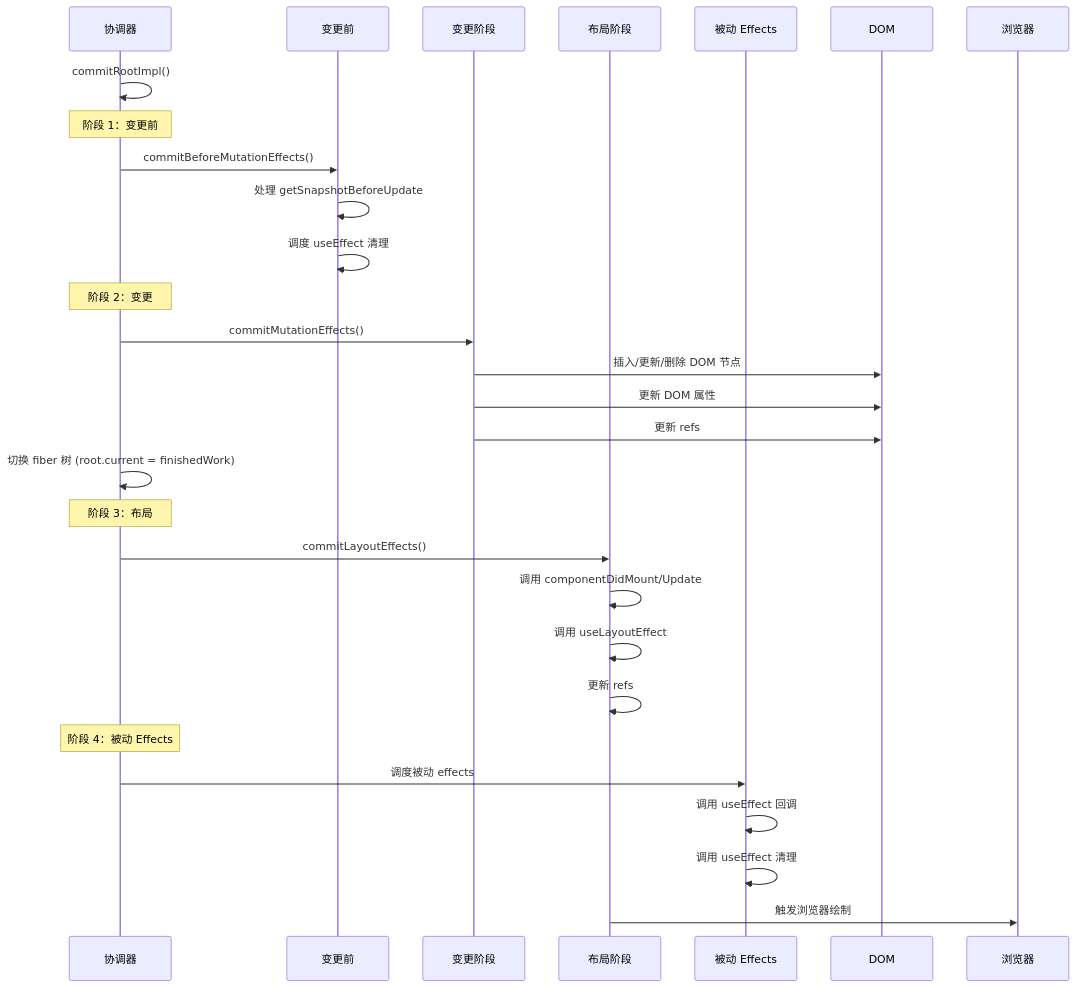
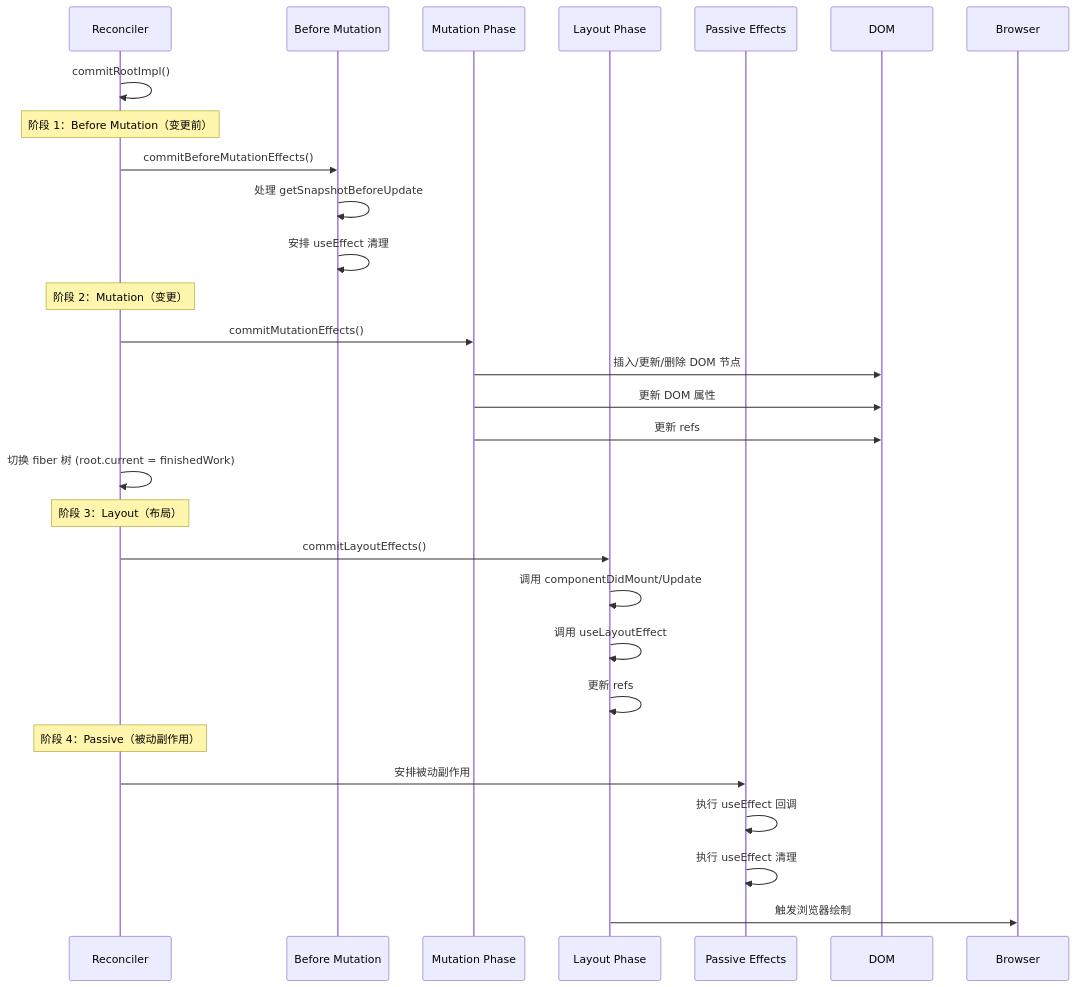
Before and after one commit to changcheng1/react18-source-implementation: the sixth of 11 diagrams in README_CN.md, drawn with Mermaid. The commit also changed other lines of this file, not shown here.

````diff
--- a/README_CN.md
+++ b/README_CN.md
@@ -1836,38 +967,38 @@
 ```mermaid
 sequenceDiagram
-    participant Reconciler as 协调器
-    participant BeforeMutation as 变更前
-    participant Mutation as 变更阶段
-    participant Layout as 布局阶段
-    participant Passive as 被动 Effects
+    participant Reconciler as Reconciler
+    participant BeforeMutation as Before Mutation
+    participant Mutation as Mutation Phase
+    participant Layout as Layout Phase
+    participant Passive as Passive Effects
     participant DOM as DOM
-    participant Browser as 浏览器
+    participant Browser as Browser
 
     Reconciler->>Reconciler: commitRootImpl()
 
-    Note over Reconciler: 阶段 1：变更前
+    Note over Reconciler: 阶段 1：Before Mutation（变更前）
     Reconciler->>BeforeMutation: commitBeforeMutationEffects()
     BeforeMutation->>BeforeMutation: 处理 getSnapshotBeforeUpdate
-    BeforeMutation->>BeforeMutation: 调度 useEffect 清理
+    BeforeMutation->>BeforeMutation: 安排 useEffect 清理
 
-    Note over Reconciler: 阶段 2：变更
+    Note over Reconciler: 阶段 2：Mutation（变更）
     Reconciler->>Mutation: commitMutationEffects()
     Mutation->>DOM: 插入/更新/删除 DOM 节点
     Mutation->>DOM: 更新 DOM 属性
     Mutation->>DOM: 更新 refs
 
     Reconciler->>Reconciler: 切换 fiber 树 (root.current = finishedWork)
 
-    Note over Reconciler: 阶段 3：布局
+    Note over Reconciler: 阶段 3：Layout（布局）
     Reconciler->>Layout: commitLayoutEffects()
     Layout->>Layout: 调用 componentDidMount/Update
     Layout->>Layout: 调用 useLayoutEffect
     Layout->>Layout: 更新 refs
 
-    Note over Reconciler: 阶段 4：被动 Effects
-    Reconciler->>Passive: 调度被动 effects
-    Passive->>Passive: 调用 useEffect 回调
-    Passive->>Passive: 调用 useEffect 清理
+    Note over Reconciler: 阶段 4：Passive（被动副作用）
+    Reconciler->>Passive: 安排被动副作用
+    Passive->>Passive: 执行 useEffect 回调
+    Passive->>Passive: 执行 useEffect 清理
 
     Layout->>Browser: 触发浏览器绘制
 ```
````
